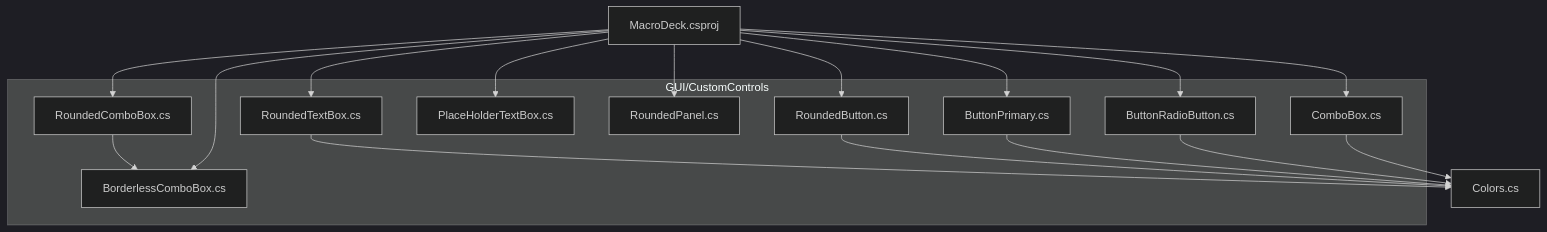
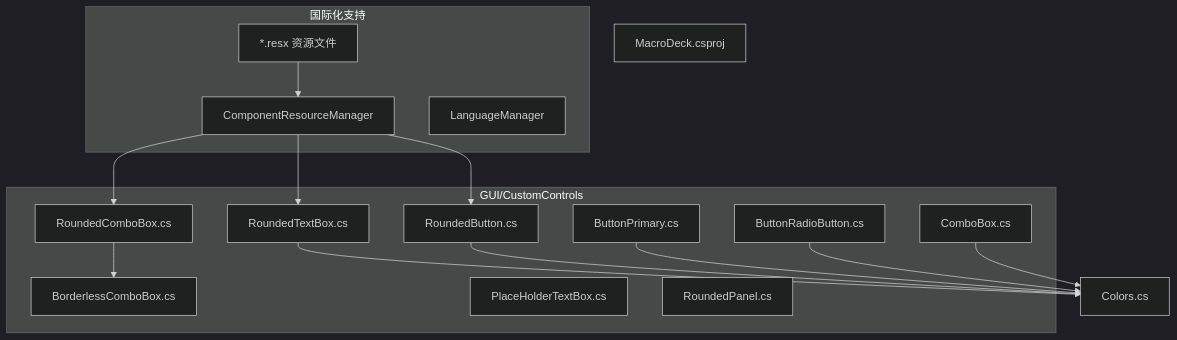
The first of 10 diagrams in .qoder/repowiki/zh/content/图形用户界面/自定义控件/自定义控件.md (tea4go/Macro-Deck), drawn with Mermaid (dark theme) before and after one commit. The commit also changed other lines of this file and 32 other files, not shown here.

````diff
--- a/.qoder/repowiki/zh/content/图形用户界面/自定义控件/自定义控件.md
+++ b/.qoder/repowiki/zh/content/图形用户界面/自定义控件/自定义控件.md
@@ -36,31 +58,31 @@
 ```mermaid
 graph TB
 subgraph "GUI/CustomControls"
 RB["RoundedButton.cs"]
 RTB["RoundedTextBox.cs"]
 RCB["RoundedComboBox.cs"]
 BLCB["BorderlessComboBox.cs"]
 PTB["PlaceHolderTextBox.cs"]
 RP["RoundedPanel.cs"]
 BP["ButtonPrimary.cs"]
 BRB["ButtonRadioButton.cs"]
 CB["ComboBox.cs"]
 end
+subgraph "国际化支持"
+RES["*.resx 资源文件"]
+CRM["ComponentResourceManager"]
+LM["LanguageManager"]
+end
 Colors["Colors.cs"]
 Proj["MacroDeck.csproj"]
 RCB --> BLCB
 RTB --> Colors
 RB --> Colors
 BP --> Colors
 BRB --> Colors
 CB --> Colors
-Proj --> RB
-Proj --> RTB
-Proj --> RCB
-Proj --> BLCB
-Proj --> PTB
-Proj --> RP
-Proj --> BP
-Proj --> BRB
-Proj --> CB
+RES --> CRM
+CRM --> RB
+CRM --> RTB
+CRM --> RCB
 ```
````
